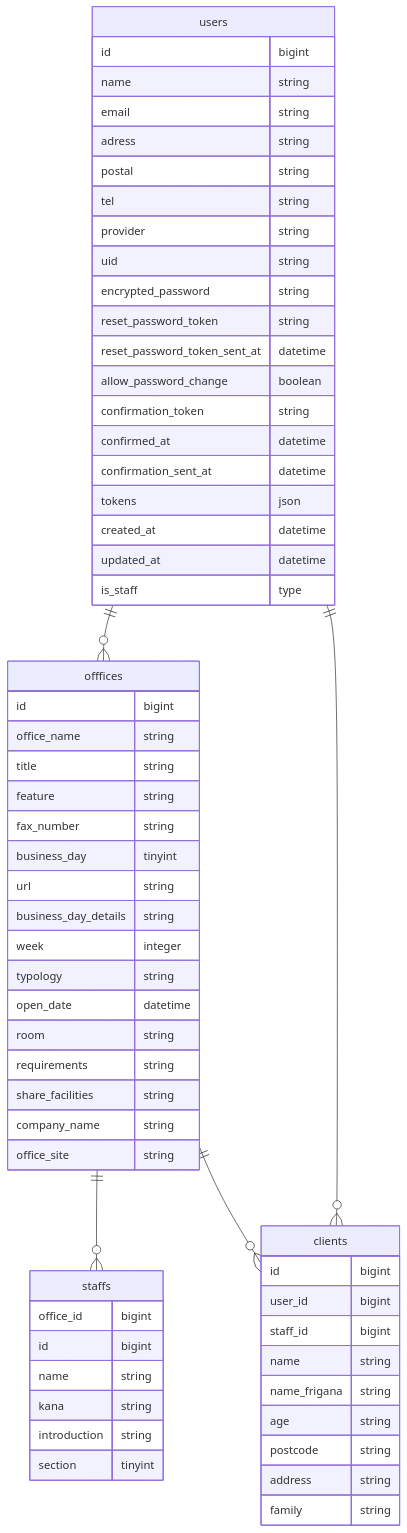
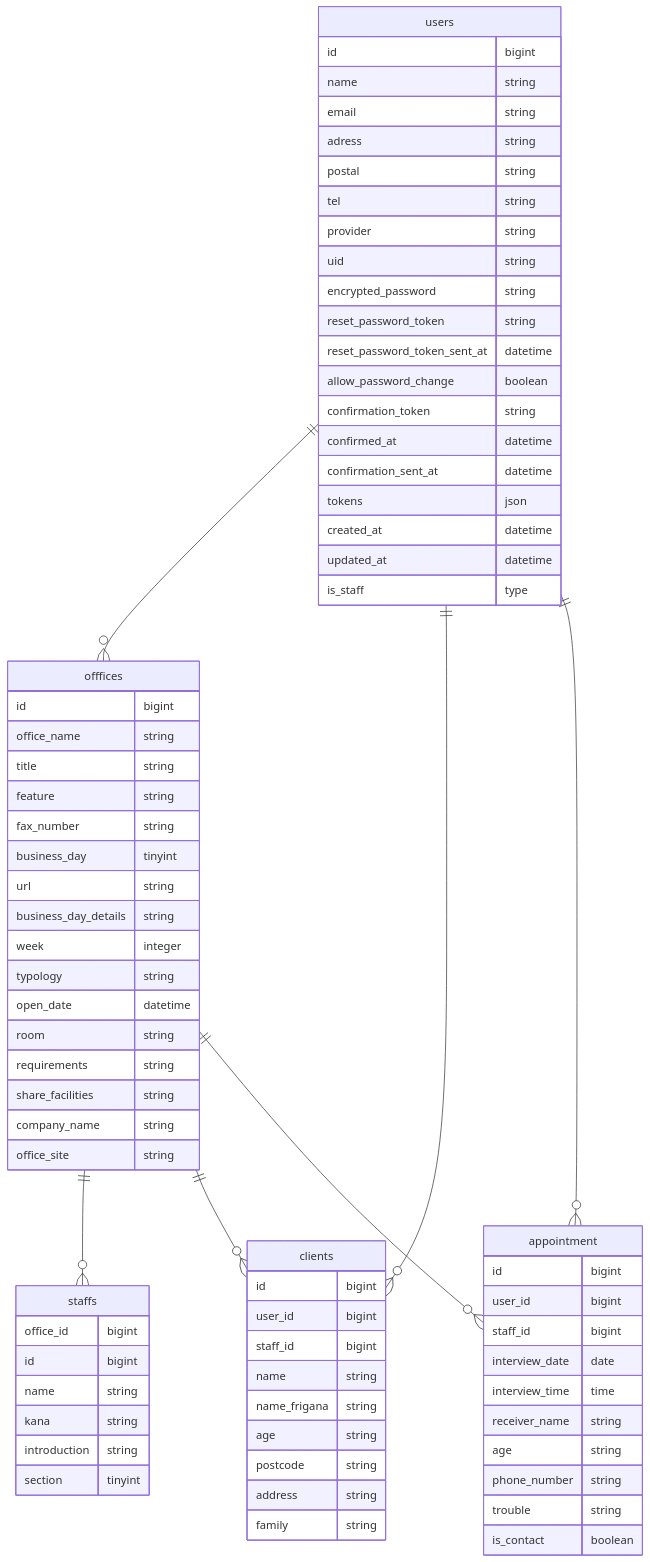
The diagram in README.md (rtkjm22/homeCareNavi_2nd_API), drawn with Mermaid before and after one commit.

````diff
--- a/README.md
+++ b/README.md
@@ -37,8 +37,10 @@
 erDiagram
     users ||--o{ offfices: ""
     users ||--o{ clients: ""
+    users ||--o{ appointment: ""
     offfices ||--o{ staffs: ""
     offfices ||--o{ clients: ""
+    offfices ||--o{ appointment: ""
 
 users {
   id bigint
@@ -101,4 +103,17 @@
   address string
   family string
 }
+
+appointment {
+  id bigint
+  user_id bigint
+  staff_id bigint
+  interview_date date
+  interview_time time
+  receiver_name string
+  age string
+  phone_number string
+  trouble string
+  is_contact boolean
+}
 ```
````
